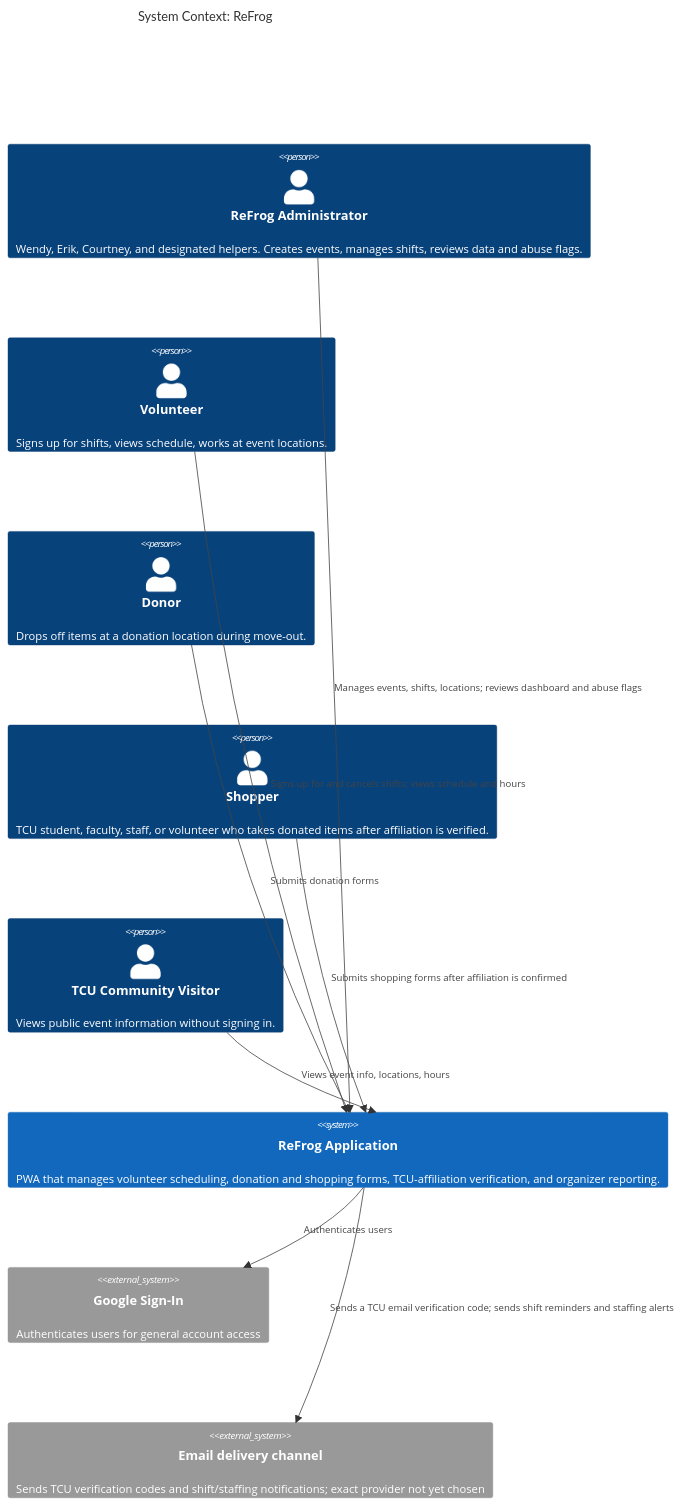
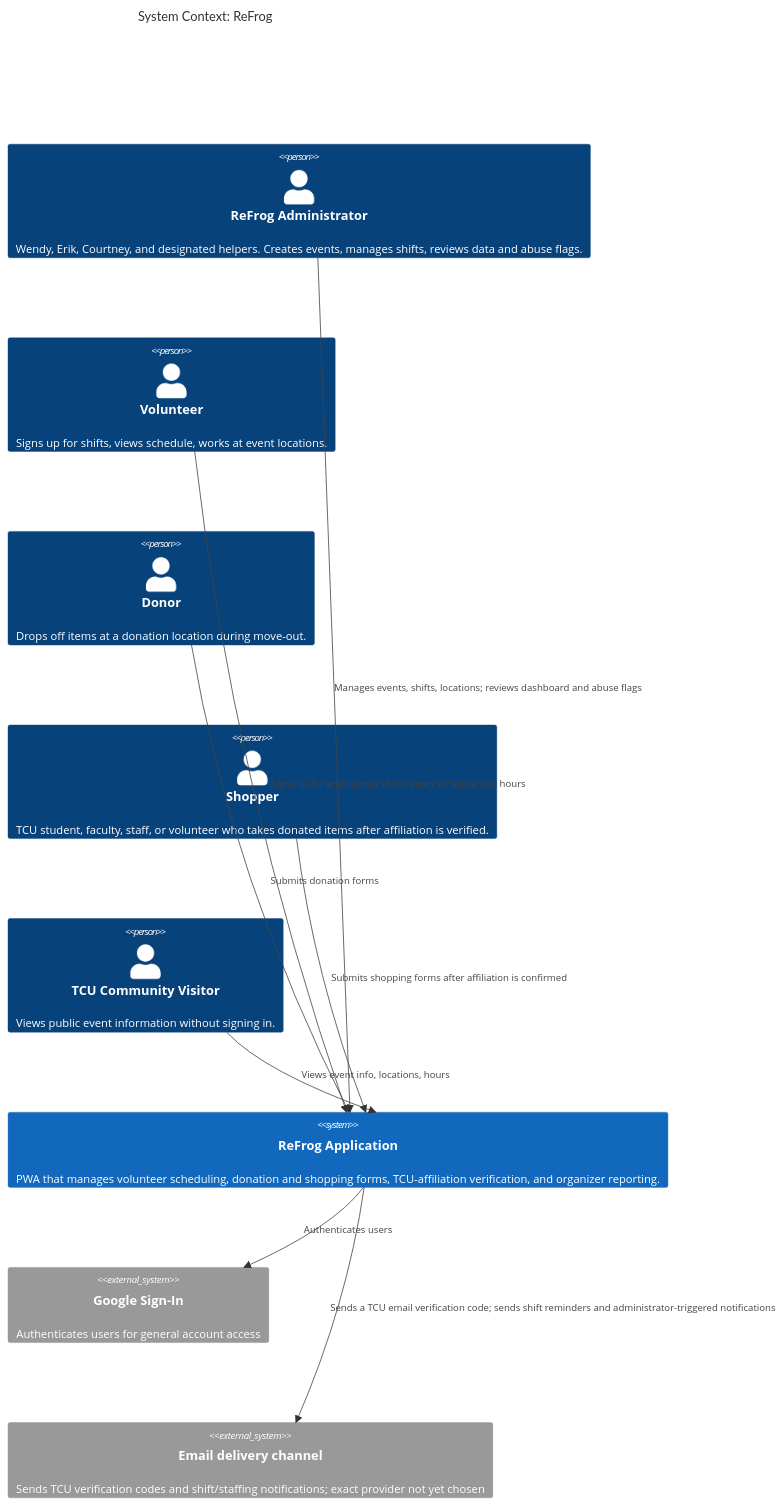
One commit to evelyntrann/cosc-40943-team-3-refrog changed the first of 3 diagrams in docs/design/architectural-design.md. Above: the diagram before and after it, drawn with Mermaid. The commit also changed 1 other file, not shown here.

Commit message:
docs: clear last stale OI-4 and staffing-alert wording

````diff
--- a/docs/design/architectural-design.md
+++ b/docs/design/architectural-design.md
@@ -106,23 +106,23 @@
 ```mermaid
 C4Context
     title System Context: ReFrog
 
     Person(admin, "ReFrog Administrator", "Wendy, Erik, Courtney, and designated helpers. Creates events, manages shifts, reviews data and abuse flags.")
     Person(volunteer, "Volunteer", "Signs up for shifts, views schedule, works at event locations.")
     Person(donor, "Donor", "Drops off items at a donation location during move-out.")
     Person(shopper, "Shopper", "TCU student, faculty, staff, or volunteer who takes donated items after affiliation is verified.")
     Person(visitor, "TCU Community Visitor", "Views public event information without signing in.")
 
     System(refrog, "ReFrog Application", "PWA that manages volunteer scheduling, donation and shopping forms, TCU-affiliation verification, and organizer reporting.")
 
     System_Ext(authprovider, "Google Sign-In", "Authenticates users for general account access")
     System_Ext(notification, "Email delivery channel", "Sends TCU verification codes and shift/staffing notifications; exact provider not yet chosen")
 
     Rel(admin, refrog, "Manages events, shifts, locations; reviews dashboard and abuse flags")
     Rel(volunteer, refrog, "Signs up for and cancels shifts; views schedule and hours")
     Rel(donor, refrog, "Submits donation forms")
     Rel(shopper, refrog, "Submits shopping forms after affiliation is confirmed")
     Rel(visitor, refrog, "Views event info, locations, hours")
     Rel(refrog, authprovider, "Authenticates users")
-    Rel(refrog, notification, "Sends a TCU email verification code; sends shift reminders and staffing alerts")
+    Rel(refrog, notification, "Sends a TCU email verification code; sends shift reminders and administrator-triggered notifications")
 ```
````
